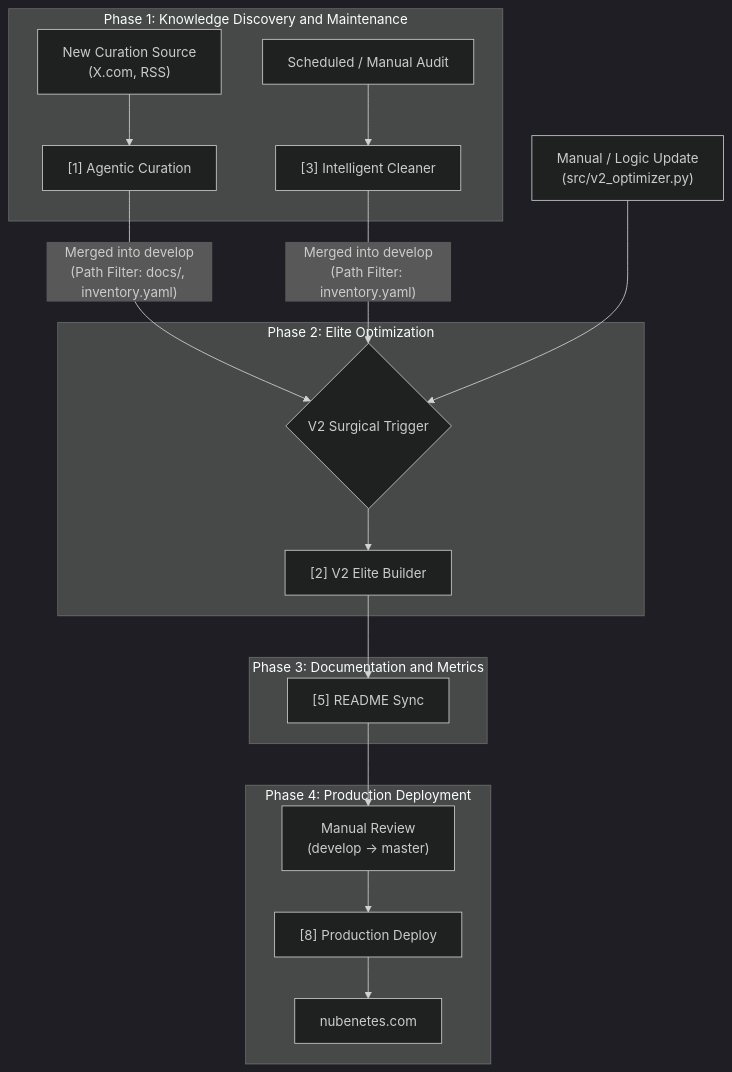
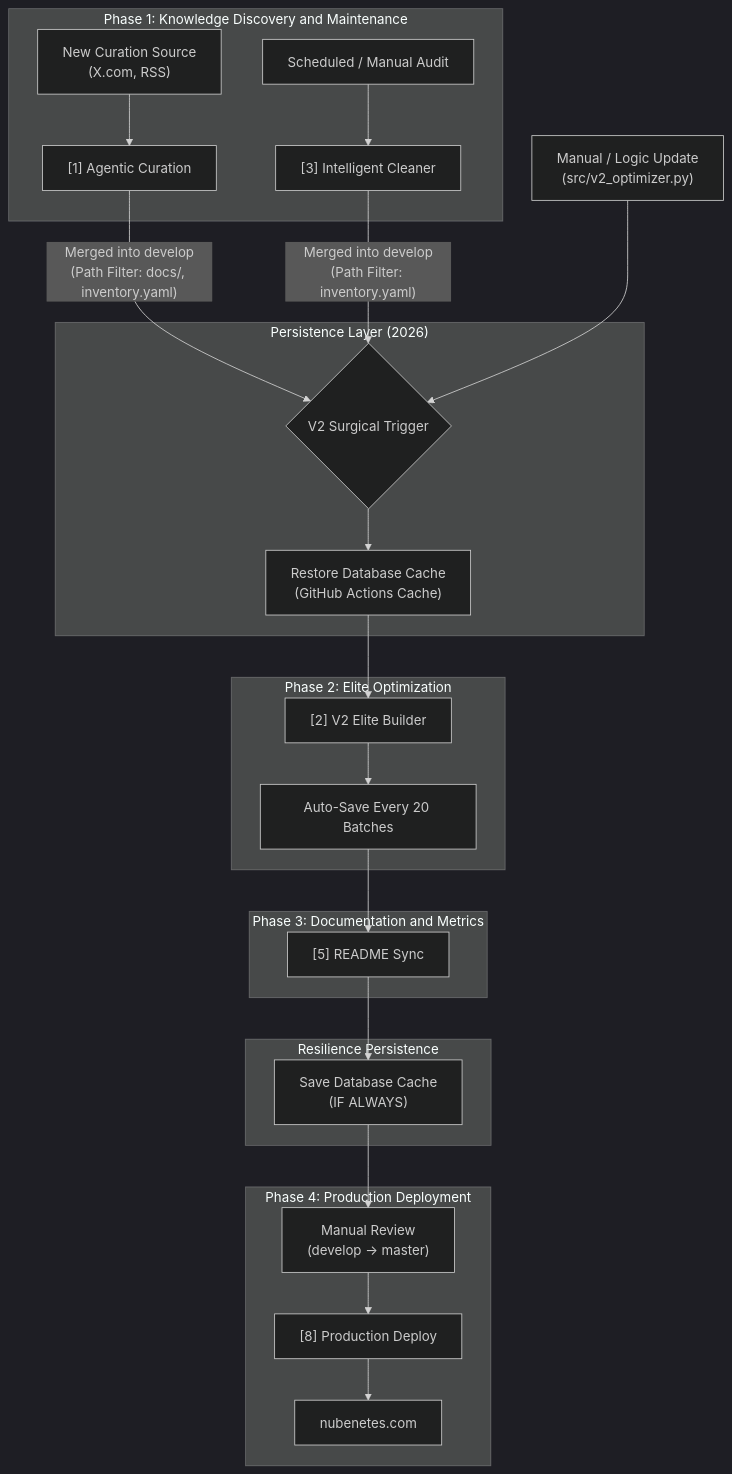
One commit to sec-js/awesome-kubernetes changed the eighth of 10 diagrams in README.md. Above: the diagram before and after it, drawn with Mermaid (dark theme). The commit also changed 2 other files, not shown here.

Commit message:
feat: implement high-resilience persistence layer with GitHub Cache
- Added Restore/Save incremental inventory cache steps to V2 Builder workflow.
- Configured 'always()' persistence to prevent data loss on timeout cancellations.
- Updated GEMINI.md mandate 49 to codify cache-based workflow resilience.
- Updated README.md Mermaid architecture diagrams to reflect the persistence layer.

````diff
--- a/README.md
+++ b/README.md
@@ -732,25 +732,34 @@
 ```mermaid
 graph TD
     subgraph "Phase 1: Knowledge Discovery and Maintenance"
         A["New Curation Source<br/>(X.com, RSS)"] --> B["[1] Agentic Curation"]
         C["Scheduled / Manual Audit"] --> D["[3] Intelligent Cleaner"]
     end
 
     B -->|"Merged into develop<br/>(Path Filter: docs/, inventory.yaml)"| E{"V2 Surgical Trigger"}
     D -->|"Merged into develop<br/>(Path Filter: inventory.yaml)"| E
     F["Manual / Logic Update<br/>(src/v2_optimizer.py)"] --> E
 
+    subgraph "Persistence Layer (2026)"
+        E --> H_RESTORE["Restore Database Cache<br/>(GitHub Actions Cache)"]
+    end
+
     subgraph "Phase 2: Elite Optimization"
-        E --> G["[2] V2 Elite Builder"]
+        H_RESTORE --> G["[2] V2 Elite Builder"]
+        G --> G_AUTO["Auto-Save Every 20 Batches"]
     end
 
     subgraph "Phase 3: Documentation and Metrics"
-        G --> H["[5] README Sync"]
+        G_AUTO --> H["[5] README Sync"]
+    end
+
+    subgraph "Resilience Persistence"
+        H --> H_SAVE["Save Database Cache<br/>(IF ALWAYS)"]
     end
 
     subgraph "Phase 4: Production Deployment"
-        H --> I["Manual Review<br/>(develop → master)"]
+        H_SAVE --> I["Manual Review<br/>(develop → master)"]
         I --> J["[8] Production Deploy"]
         J --> K["nubenetes.com"]
     end
 ```
````
